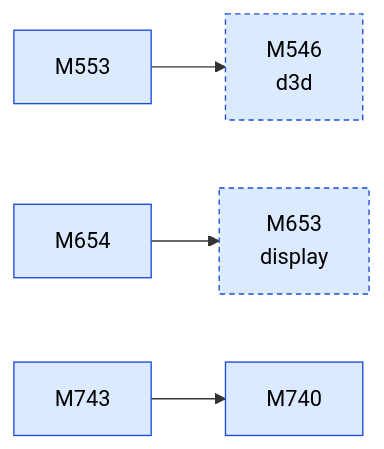
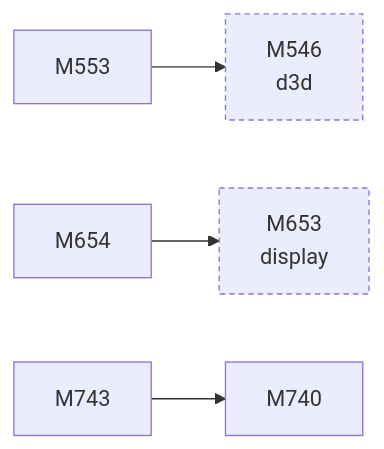
One commit to D-Ogi/amdgpu-wddm changed the second of 2 diagrams in docs/facts/graphs/tooling.md. Above: the diagram before and after it, drawn with Mermaid. The commit also changed other lines of this file and 9 other files, not shown here.

First line of the commit message:
docs/facts: plain graph nodes, no status colouring

````diff
--- a/docs/facts/graphs/tooling.md
+++ b/docs/facts/graphs/tooling.md
@@ -27,18 +23,14 @@
 ```mermaid
 flowchart LR
-  M546["M546<br/>d3d"]:::MEASURED
-  M553["M553"]:::MEASURED
-  M653["M653<br/>display"]:::MEASURED
-  M654["M654"]:::MEASURED
-  M740["M740"]:::MEASURED
-  M743["M743"]:::MEASURED
+  M546["M546<br/>d3d"]
+  M553["M553"]
+  M653["M653<br/>display"]
+  M654["M654"]
+  M740["M740"]
+  M743["M743"]
   M553 --> M546
   M654 --> M653
   M743 --> M740
-  classDef HYPOTHESIS fill:#fff3c4,stroke:#9a7b00,color:#000
-  classDef MEASURED fill:#dbeafe,stroke:#1d4ed8,color:#000
-  classDef CONFIRMED fill:#d1fae5,stroke:#047857,color:#000
-  classDef REFUTED fill:#fee2e2,stroke:#b91c1c,color:#000
   classDef other stroke-dasharray:4 3
   class M546,M653 other
 ```
````
